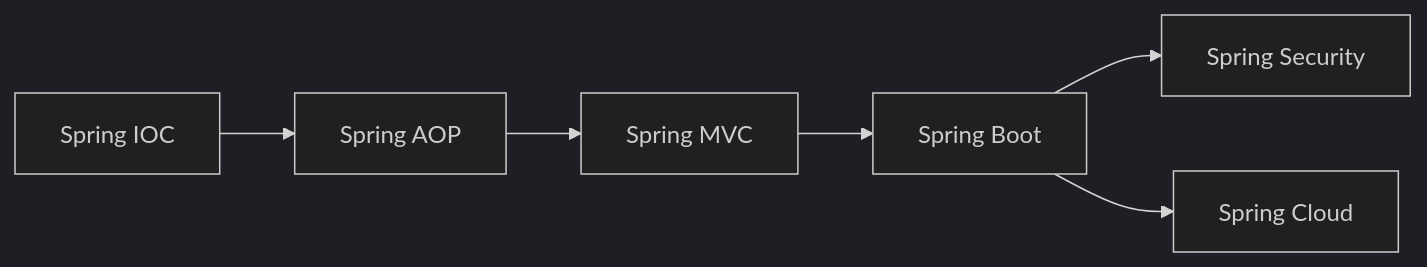
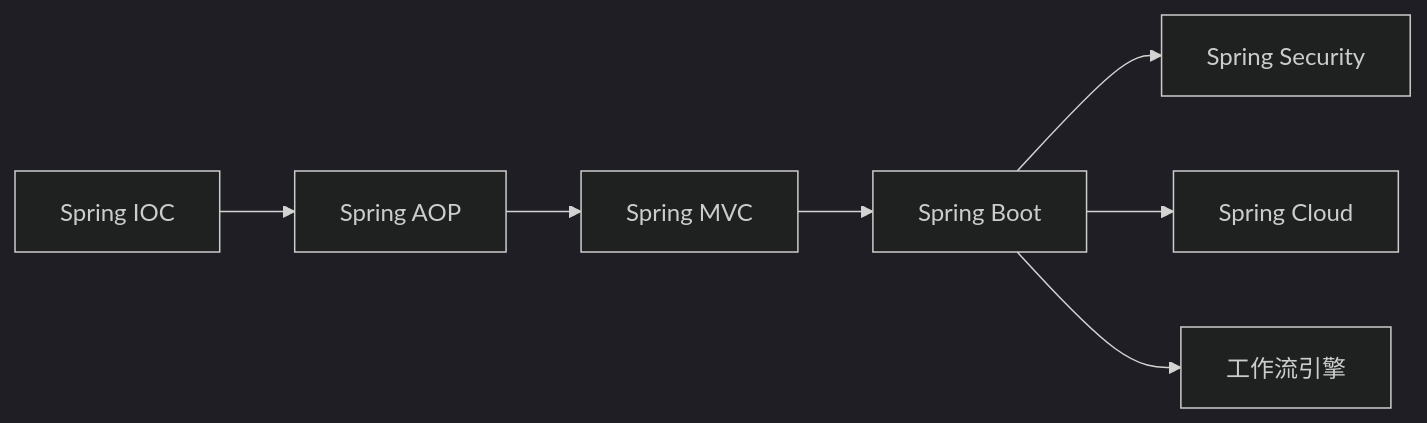
Before and after one commit to coolzhul/java-fullstack-knowledge: the diagram in src/spring/README.md, drawn with Mermaid (dark theme). The commit also changed other lines of this file and 6 other files, not shown here.

````diff
--- a/src/spring/README.md
+++ b/src/spring/README.md
@@ -69,8 +73,9 @@
 ```mermaid
 graph LR
     A[Spring IOC] --> B[Spring AOP]
     B --> C[Spring MVC]
     C --> D[Spring Boot]
     D --> E[Spring Security]
     D --> F[Spring Cloud]
+D --> G[工作流引擎]
 ```
````
